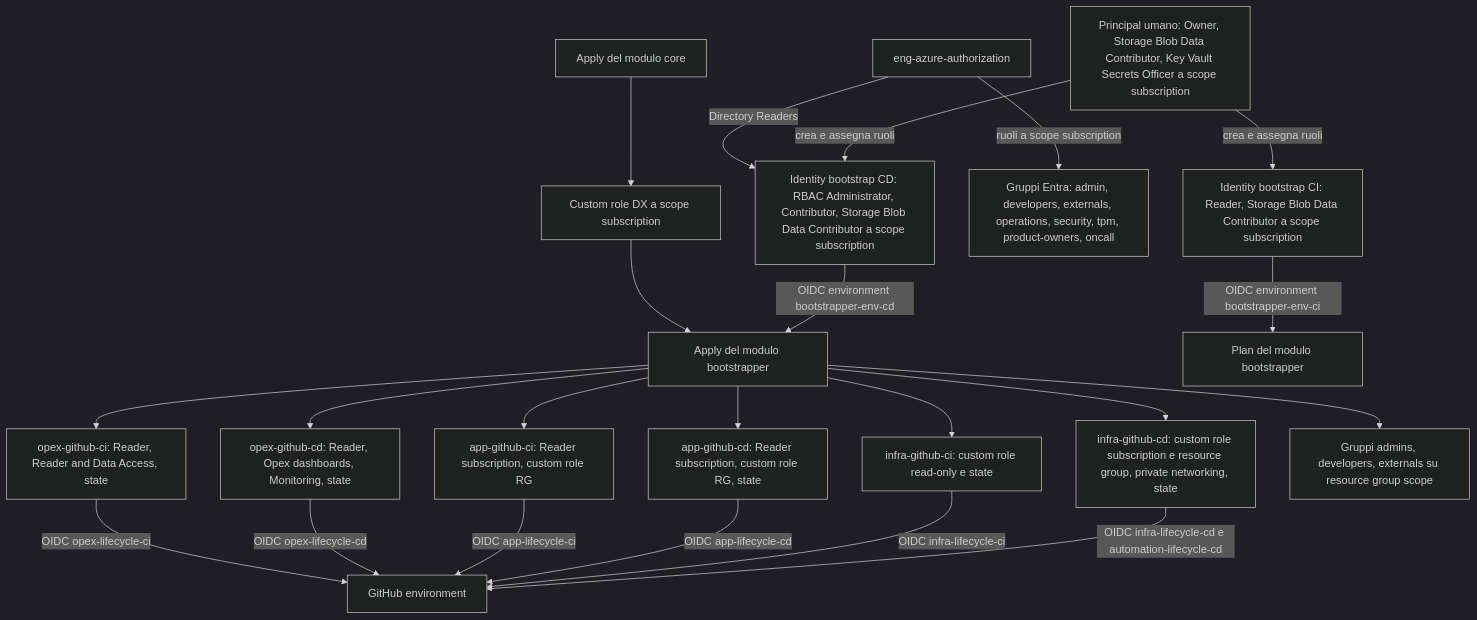
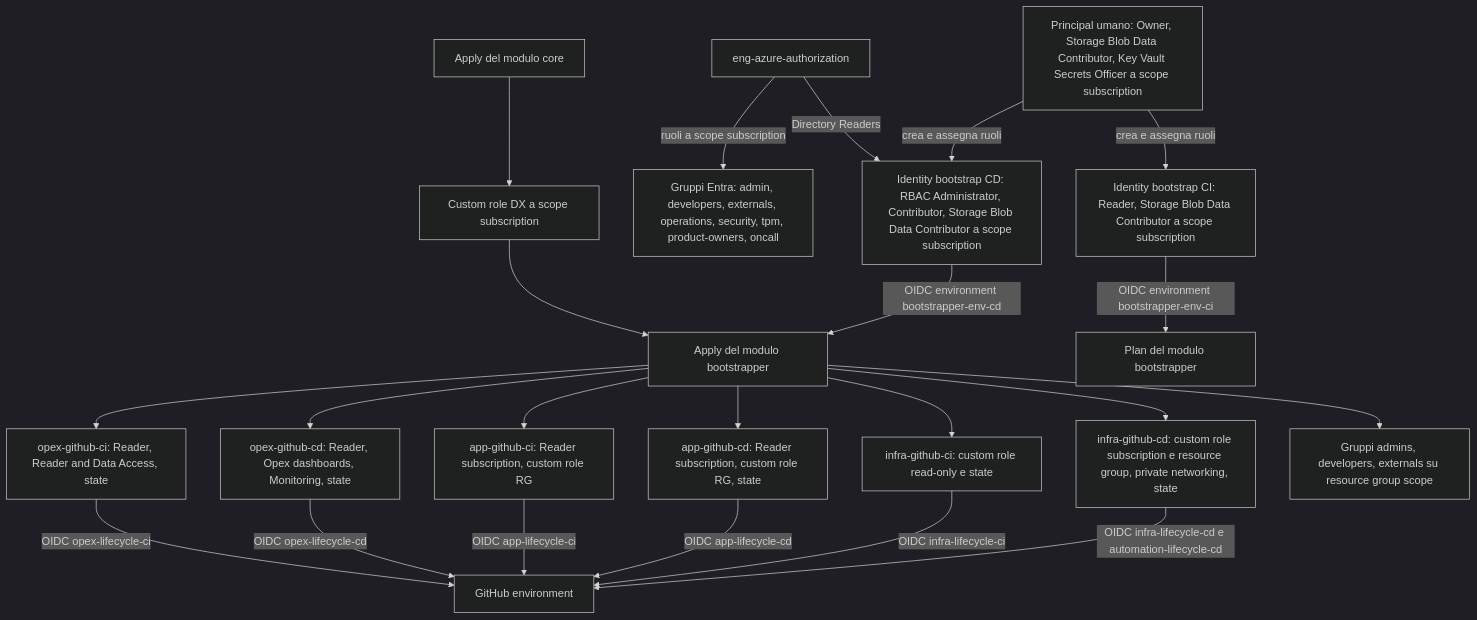
One commit to pagopa/dx changed the ninth of 9 diagrams in docs/design-review/bootstrapping.md. Above: the diagram before and after it, drawn with Mermaid (dark theme). The commit also changed other lines of this file, not shown here.

````diff
--- a/docs/design-review/bootstrapping.md
+++ b/docs/design-review/bootstrapping.md
@@ -720,30 +603,30 @@
 ```mermaid
 flowchart TB
+  COREAPPLY["Apply del modulo core"] --> CUSTOM["Custom role DX a scope subscription"]
   HUMAN["Principal umano: Owner, Storage Blob Data Contributor, Key Vault Secrets Officer a scope subscription"]
+
+  AUTHREPO -->|ruoli a scope subscription| GROUPS["Gruppi Entra: admin, developers, externals, operations, security, tpm, product-owners, oncall"]
   HUMAN -->|crea e assegna ruoli| BCD["Identity bootstrap CD: RBAC Administrator, Contributor, Storage Blob Data Contributor a scope subscription"]
   HUMAN -->|crea e assegna ruoli| BCI["Identity bootstrap CI: Reader, Storage Blob Data Contributor a scope subscription"]
-
   AUTHREPO["eng-azure-authorization"] -->|Directory Readers| BCD
-  AUTHREPO -->|ruoli a scope subscription| GROUPS["Gruppi Entra: admin, developers, externals, operations, security, tpm, product-owners, oncall"]
 
   BCD -->|OIDC environment bootstrapper-env-cd| APPLYBOOT["Apply del modulo bootstrapper"]
   BCI -->|OIDC environment bootstrapper-env-ci| PLANBOOT["Plan del modulo bootstrapper"]
 
-  COREAPPLY["Apply del modulo core"] --> CUSTOM["Custom role DX a scope subscription"]
   CUSTOM --> APPLYBOOT
 
   APPLYBOOT --> INFRACD["infra-github-cd: custom role subscription e resource group, private networking, state"]
   APPLYBOOT --> INFRACI["infra-github-ci: custom role read-only e state"]
   APPLYBOOT --> APPCD["app-github-cd: Reader subscription, custom role RG, state"]
   APPLYBOOT --> APPCI["app-github-ci: Reader subscription, custom role RG"]
   APPLYBOOT --> OPEXCD["opex-github-cd: Reader, Opex dashboards, Monitoring, state"]
   APPLYBOOT --> OPEXCI["opex-github-ci: Reader, Reader and Data Access, state"]
   APPLYBOOT --> GRPGRANT["Gruppi admins, developers, externals su resource group scope"]
 
   INFRACD -->|OIDC infra-lifecycle-cd e automation-lifecycle-cd| GHENVS["GitHub environment"]
   INFRACI -->|OIDC infra-lifecycle-ci| GHENVS
   APPCD -->|OIDC app-lifecycle-cd| GHENVS
   APPCI -->|OIDC app-lifecycle-ci| GHENVS
   OPEXCD -->|OIDC opex-lifecycle-cd| GHENVS
   OPEXCI -->|OIDC opex-lifecycle-ci| GHENVS
 ```
````
